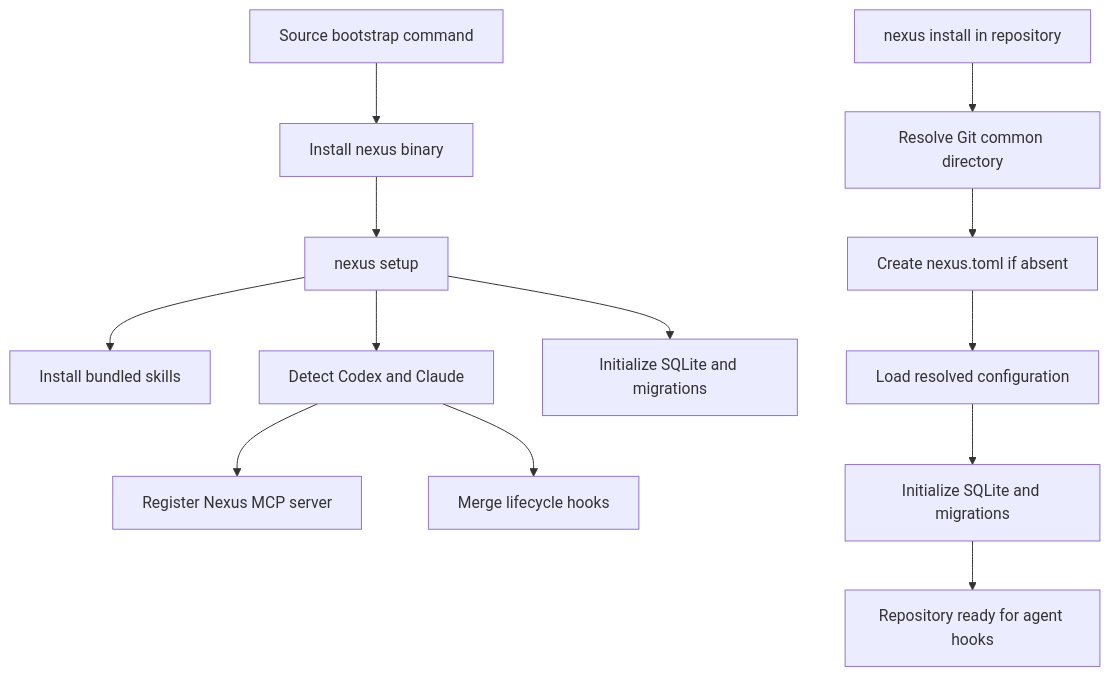
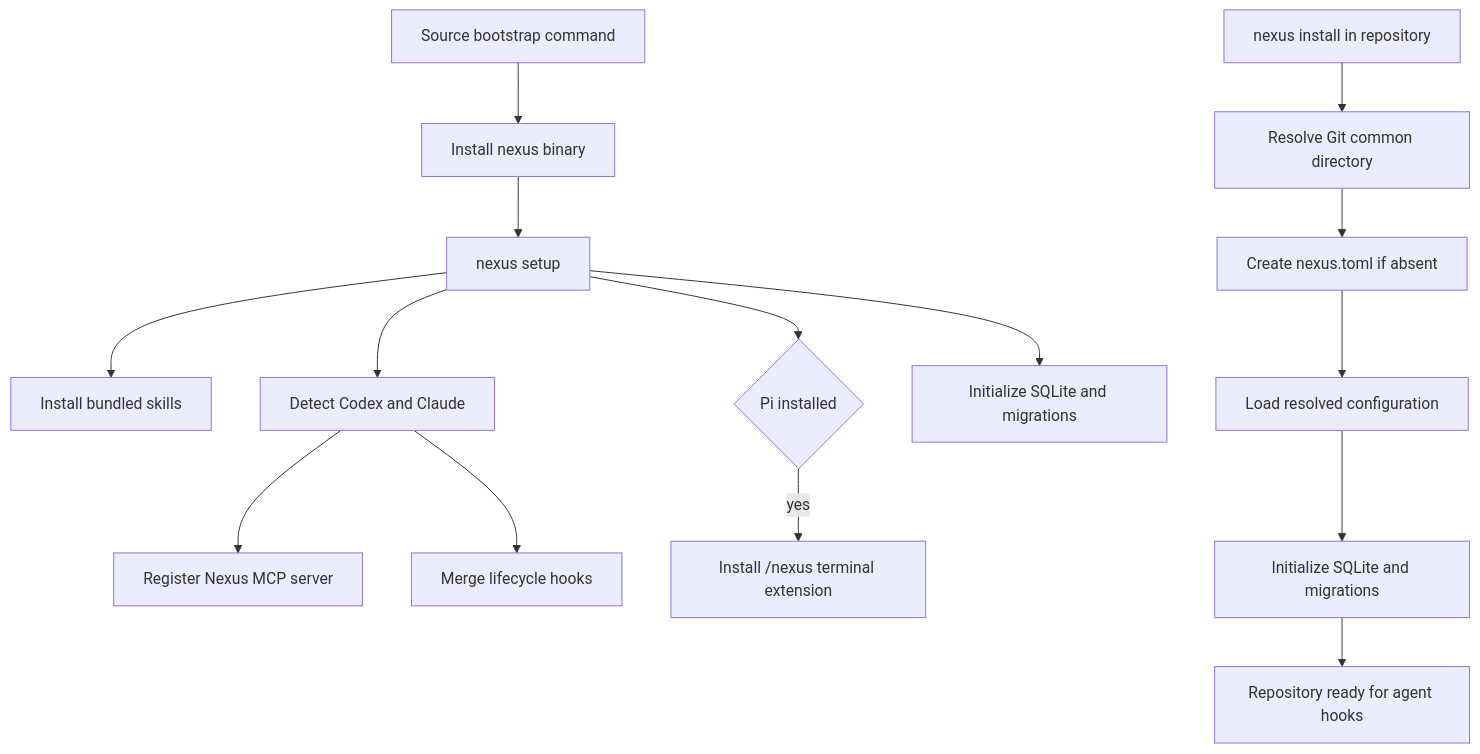
Before and after one commit to warrenronsiek/nexus: the diagram in docs/features/installation.md, drawn with Mermaid. The commit also changed other lines of this file and 20 other files, not shown here.

````diff
--- a/docs/features/installation.md
+++ b/docs/features/installation.md
@@ -17,15 +17,17 @@
 ```mermaid
 flowchart TD
     A[Source bootstrap command] --> B[Install nexus binary]
     B --> C[nexus setup]
     C --> D[Install bundled skills]
     C --> E[Detect Codex and Claude]
     E --> F[Register Nexus MCP server]
     E --> G[Merge lifecycle hooks]
+    C --> O{Pi installed}
+    O -->|yes| P[Install /nexus terminal extension]
     C --> H[Initialize SQLite and migrations]
     I[nexus install in repository] --> J[Resolve Git common directory]
     J --> K[Create nexus.toml if absent]
     K --> L[Load resolved configuration]
     L --> M[Initialize SQLite and migrations]
     M --> N[Repository ready for agent hooks]
 ```
````
